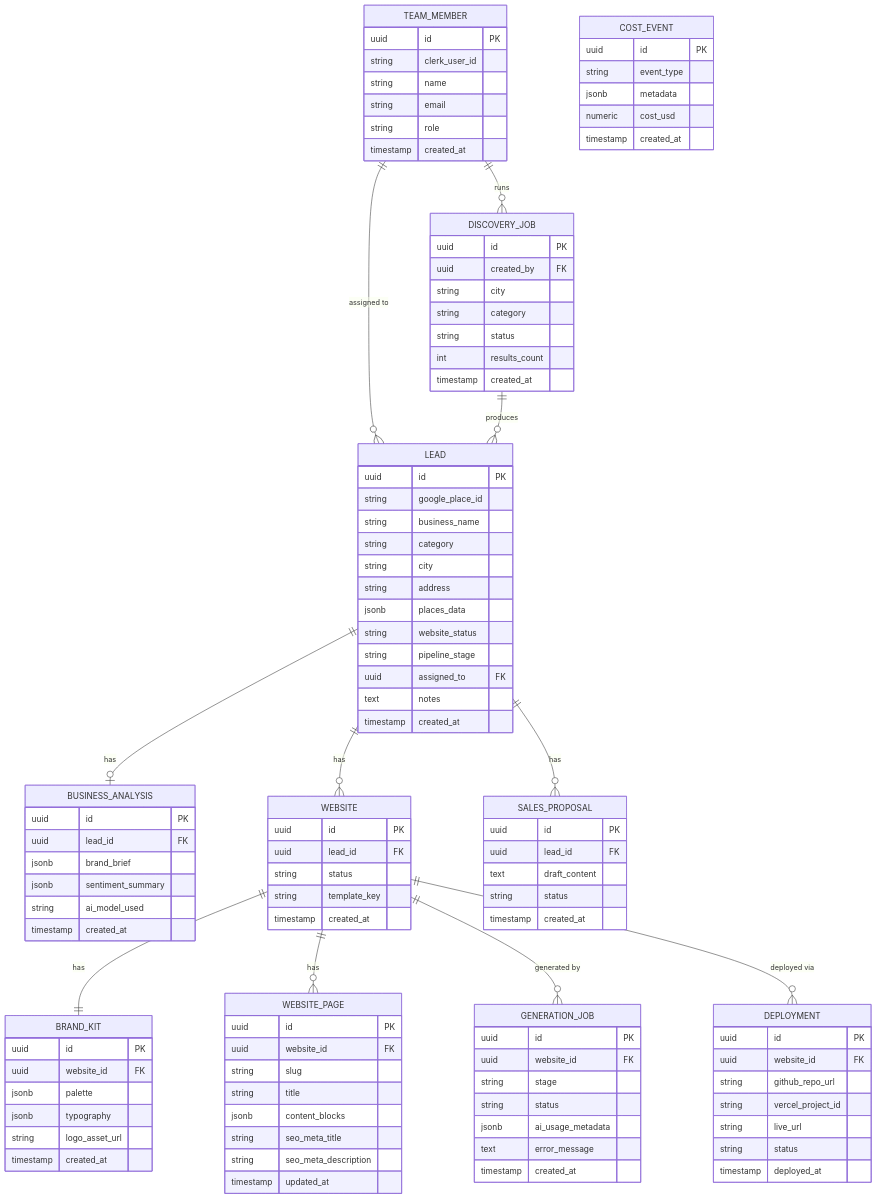
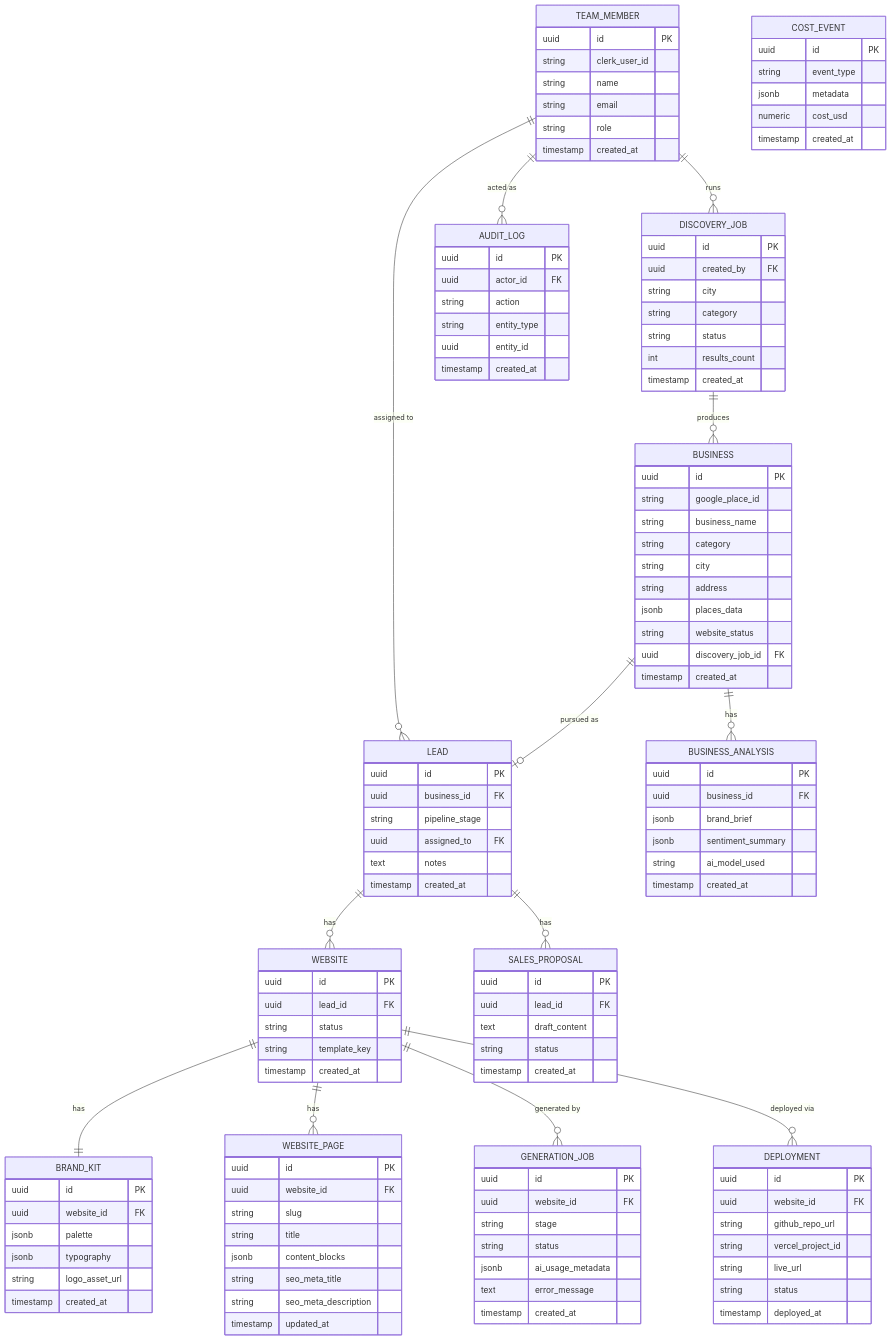
Before and after one commit to ShaiikhRafay/riznexia-platform: the diagram in docs/06-database-design.md, drawn with Mermaid. The commit also changed other lines of this file and 215 other files, not shown here.

```diff
--- a/docs/06-database-design.md
+++ b/docs/06-database-design.md
@@ -19,9 +21,11 @@
 erDiagram
     TEAM_MEMBER ||--o{ LEAD : "assigned to"
     TEAM_MEMBER ||--o{ DISCOVERY_JOB : runs
+    TEAM_MEMBER ||--o{ AUDIT_LOG : "acted as"
 
-    DISCOVERY_JOB ||--o{ LEAD : produces
-    LEAD ||--o| BUSINESS_ANALYSIS : has
+    DISCOVERY_JOB ||--o{ BUSINESS : produces
+    BUSINESS ||--o| LEAD : "pursued as"
+    BUSINESS ||--o{ BUSINESS_ANALYSIS : has
     LEAD ||--o{ WEBSITE : has
     LEAD ||--o{ SALES_PROPOSAL : has
 
@@ -47,7 +51,7 @@
         int results_count
         timestamp created_at
     }
-    LEAD {
+    BUSINESS {
         uuid id PK
         string google_place_id
         string business_name
@@ -56,6 +60,12 @@
         string address
         jsonb places_data
         string website_status
+        uuid discovery_job_id FK
+        timestamp created_at
+    }
+    LEAD {
+        uuid id PK
+        uuid business_id FK
         string pipeline_stage
         uuid assigned_to FK
         text notes
@@ -63,10 +73,18 @@
     }
     BUSINESS_ANALYSIS {
         uuid id PK
-        uuid lead_id FK
+        uuid business_id FK
         jsonb brand_brief
         jsonb sentiment_summary
         string ai_model_used
+        timestamp created_at
+    }
+    AUDIT_LOG {
+        uuid id PK
+        uuid actor_id FK
+        string action
+        string entity_type
+        uuid entity_id
         timestamp created_at
     }
     WEBSITE {
```
